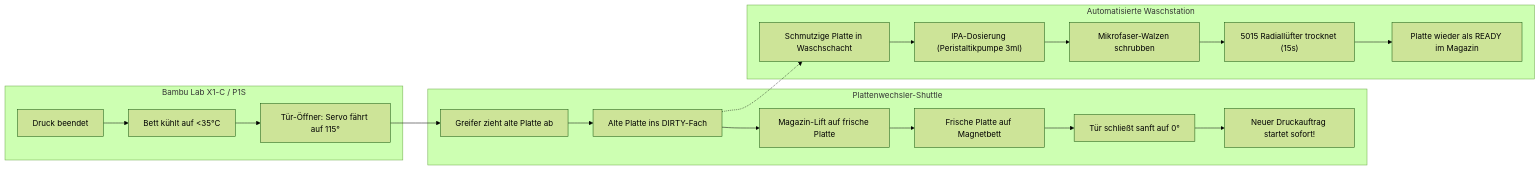
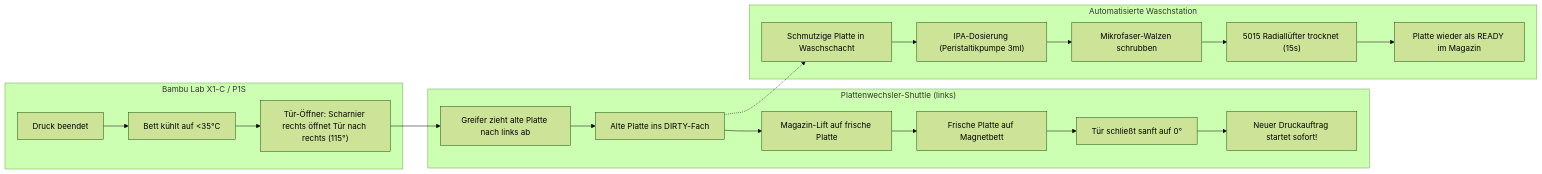
Before and after one commit to Luk1236/printlab: the diagram in werkzeuge/automation_hardware/TUER_MAGAZIN_WASCHSTATION.md, drawn with Mermaid (forest theme). The commit also changed other lines of this file and 2 other files, not shown here.

````diff
--- a/werkzeuge/automation_hardware/TUER_MAGAZIN_WASCHSTATION.md
+++ b/werkzeuge/automation_hardware/TUER_MAGAZIN_WASCHSTATION.md
@@ -24,24 +27,24 @@
 ```mermaid
 flowchart LR
     subgraph Drucker["Bambu Lab X1-C / P1S"]
         D1["Druck beendet"] --> D2["Bett kühlt auf <35°C"]
-        D2 --> T1["Tür-Öffner: Servo fährt auf 115°"]
+        D2 --> T1["Tür-Öffner: Scharnier rechts öffnet Tür nach rechts (115°)"]
     end
 
-    subgraph Wechsel["Plattenwechsler-Shuttle"]
-        T1 --> W1["Greifer zieht alte Platte ab"]
+    subgraph Wechsel["Plattenwechsler-Shuttle (links)"]
+        T1 --> W1["Greifer zieht alte Platte nach links ab"]
         W1 --> M1["Alte Platte ins DIRTY-Fach"]
         M1 --> M2["Magazin-Lift auf frische Platte"]
         M2 --> W2["Frische Platte auf Magnetbett"]
         W2 --> T2["Tür schließt sanft auf 0°"]
         T2 --> N1["Neuer Druckauftrag startet sofort!"]
     end
 
     subgraph Wash["Automatisierte Waschstation"]
         M1 -.-> WS1["Schmutzige Platte in Waschschacht"]
         WS1 --> WS2["IPA-Dosierung (Peristaltikpumpe 3ml)"]
         WS2 --> WS3["Mikrofaser-Walzen schrubben"]
         WS3 --> WS4["5015 Radiallüfter trocknet (15s)"]
         WS4 --> WS5["Platte wieder als READY im Magazin"]
     end
 ```
````
